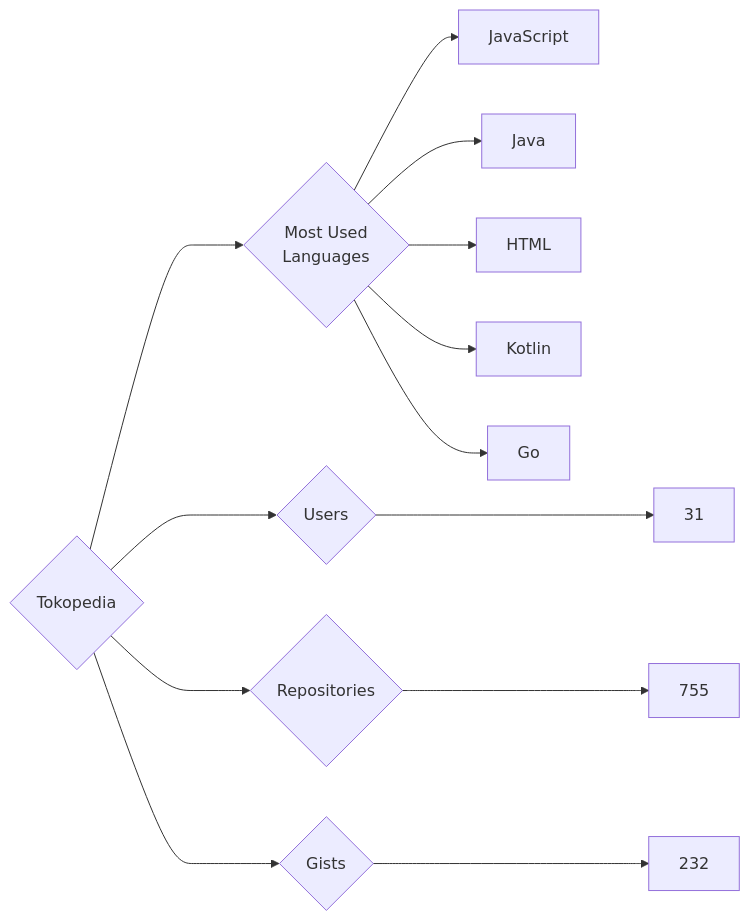
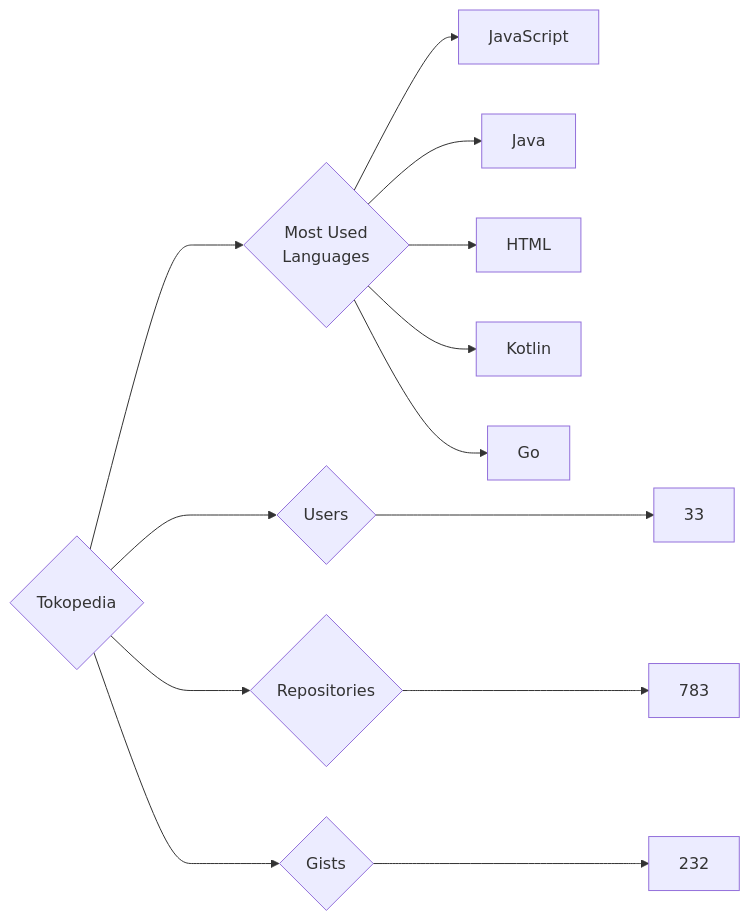
The diagram in targets/Tokopedia/README.md (trickest/insiders), drawn with Mermaid before and after one commit. The commit also changed 1389 other files, not shown here.

````diff
--- a/targets/Tokopedia/README.md
+++ b/targets/Tokopedia/README.md
@@ -3,13 +3,13 @@
 ```mermaid
 graph LR
 COMPANY_NAME{Tokopedia}
-COMPANY_NAME ---> U{Users} ---> UN[31]
-COMPANY_NAME ---> R{Repositories} ---> RN[755]
+COMPANY_NAME ---> U{Users} ---> UN[33]
+COMPANY_NAME ---> R{Repositories} ---> RN[783]
 COMPANY_NAME ---> G{Gists} ---> GN[232]
 COMPANY_NAME ---> ML{Most Used<br>Languages}
 ML --> JavaScript[JavaScript]
 ML --> Java[Java]
 ML --> HTML[HTML]
 ML --> Kotlin[Kotlin]
 ML --> Go[Go]
 ```
````
